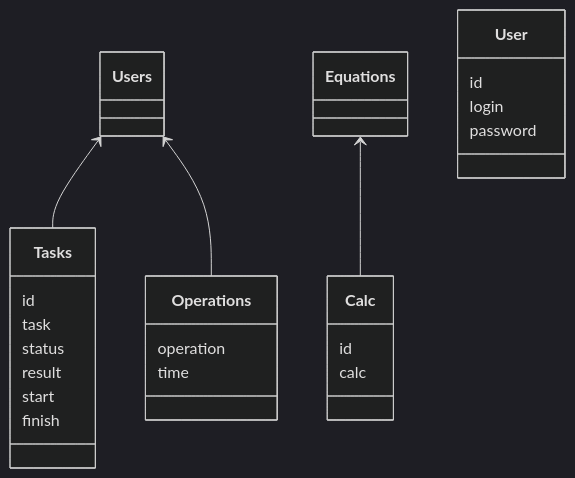
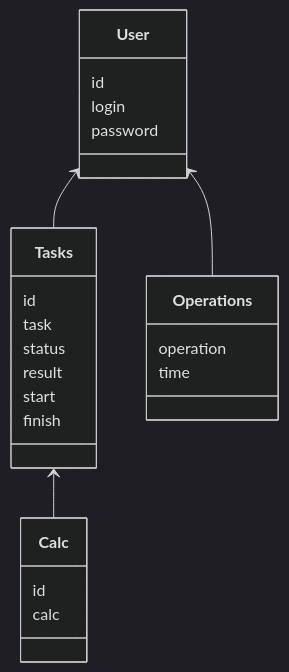
Before and after one commit to DrPepper1337/GoProject: the diagram in README.md, drawn with Mermaid (dark theme).

````diff
--- a/README.md
+++ b/README.md
@@ -19,27 +19,27 @@
 ```mermaid
 classDiagram
-    Users <-- Tasks
-    Users <-- Operations
-    Equations <-- Calc
+    User <-- Tasks
+    User <-- Operations
+    Tasks <-- Calc
     class Tasks{
       id
       task
       status
       result
       start
       finish
     }
     class Operations{
       operation
       time
     }
     class Calc{
       id
       calc
     }
     class User{
         id
         login
         password
     }
 ```
````
